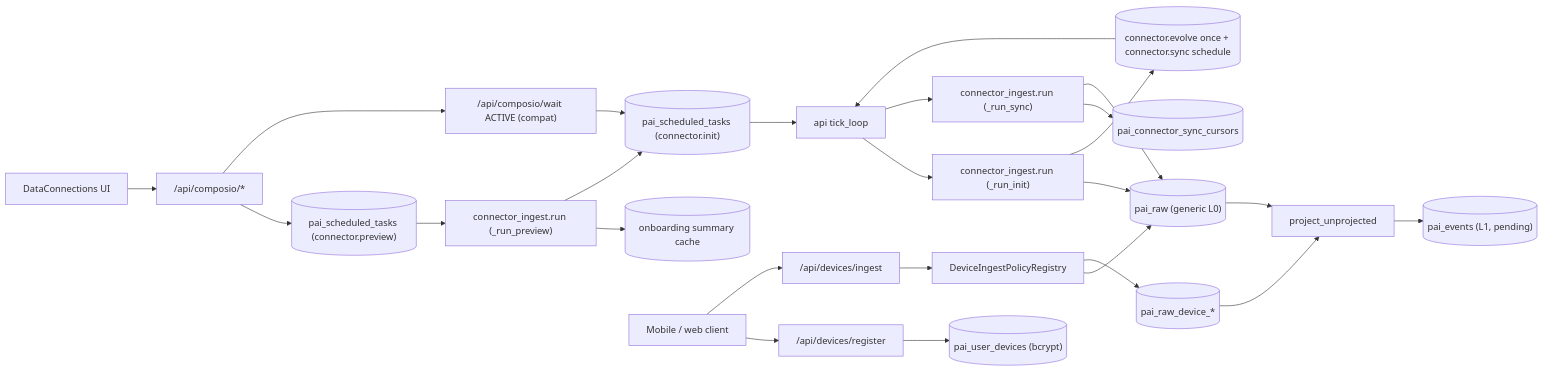
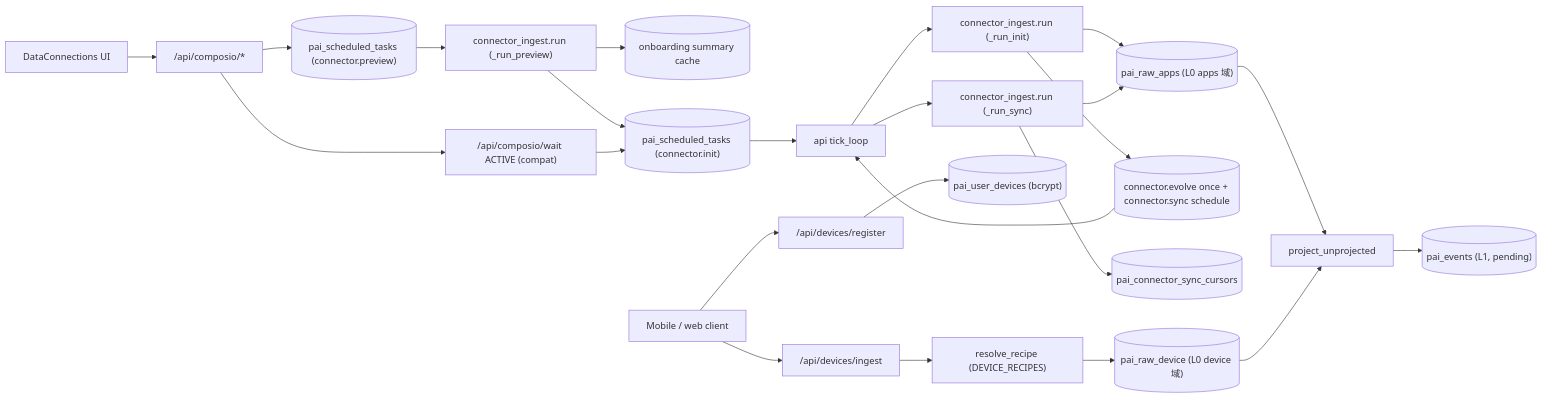
Before and after one commit to Edge-AI-HQ/proactive-assistant: the first of 4 diagrams in docs/modules/data-connectors.mdx, drawn with Mermaid. The commit also changed other lines of this file and 9 other files, not shown here.

````diff
--- a/docs/modules/data-connectors.mdx
+++ b/docs/modules/data-connectors.mdx
@@ -15,27 +15,26 @@
 ```mermaid
 flowchart LR
   UI["DataConnections UI"] --> Composio["/api/composio/*"]
   Composio --> PreviewQ[("pai_scheduled_tasks (connector.preview)")]
   PreviewQ --> PreviewH["connector_ingest.run (_run_preview)"]
   PreviewH --> Summary[("onboarding summary cache")]
   PreviewH --> Q[("pai_scheduled_tasks (connector.init)")]
   Composio --> Wait["/api/composio/wait ACTIVE (compat)"]
   Wait --> Q
   Q --> Sched["api tick_loop"]
   Sched --> InitH["connector_ingest.run (_run_init)"]
-  InitH --> Raw[("pai_raw (generic L0)")]
+  InitH --> Raw[("pai_raw_apps (L0 apps 域)")]
   Raw --> Proj["project_unprojected"]
   Proj --> Events[("pai_events (L1, pending)")]
   InitH --> Q2[("connector.evolve once + connector.sync schedule")]
   Q2 --> Sched
   Sched --> SyncH["connector_ingest.run (_run_sync)"]
   SyncH --> Cursors[("pai_connector_sync_cursors")]
   SyncH --> Raw
   Mobile["Mobile / web client"] --> Reg["/api/devices/register"]
   Reg --> Devices[("pai_user_devices (bcrypt)")]
   Mobile --> Ingest["/api/devices/ingest"]
-  Ingest --> Policy["DeviceIngestPolicyRegistry"]
-  Policy --> Raw
-  Policy --> RawDev[("pai_raw_device_*")]
+  Ingest --> Recipes["resolve_recipe (DEVICE_RECIPES)"]
+  Recipes --> RawDev[("pai_raw_device (L0 device 域)")]
   RawDev --> Proj
 ```
````
